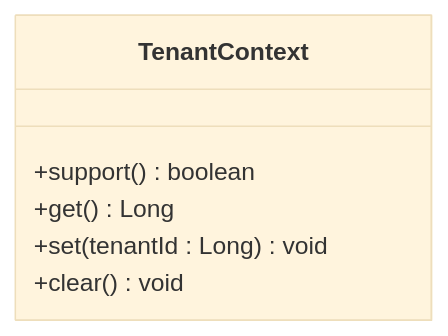
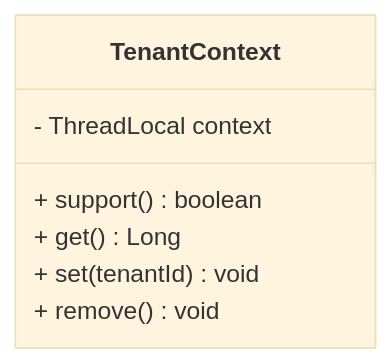
Before and after one commit to LiukewenSC/kewen-framework: the third of 9 diagrams in .qoder/repowiki/zh/content/示例应用/多租户示例.md, drawn with Mermaid (base theme). The commit also changed other lines of this file and 195 other files, not shown here.

````diff
--- a/.qoder/repowiki/zh/content/示例应用/多租户示例.md
+++ b/.qoder/repowiki/zh/content/示例应用/多租户示例.md
@@ -134,9 +135,10 @@
 ```mermaid
 classDiagram
-class TenantContext {
-+support() boolean
-+get() Long
-+set(tenantId : Long) void
-+clear() void
-}
+    class TenantContext {
+        - ThreadLocal<Long> context
+        + support() boolean
+        + get() Long
+        + set(tenantId) void
+        + remove() void
+    }
 ```
````
